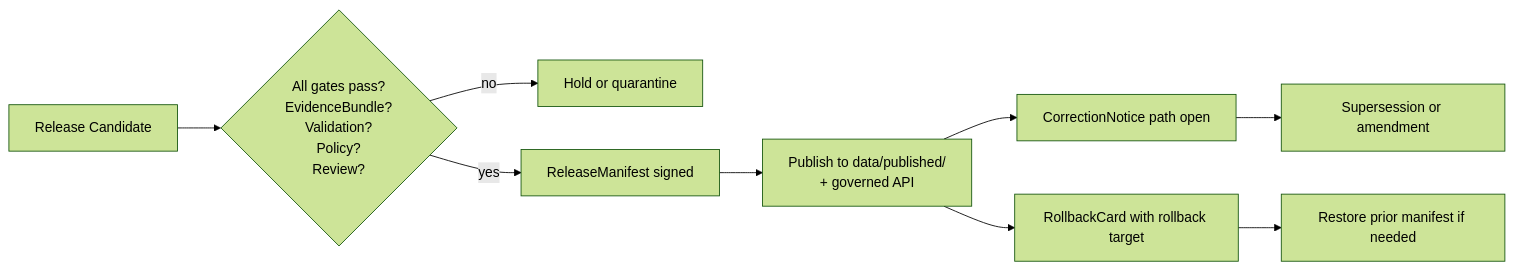
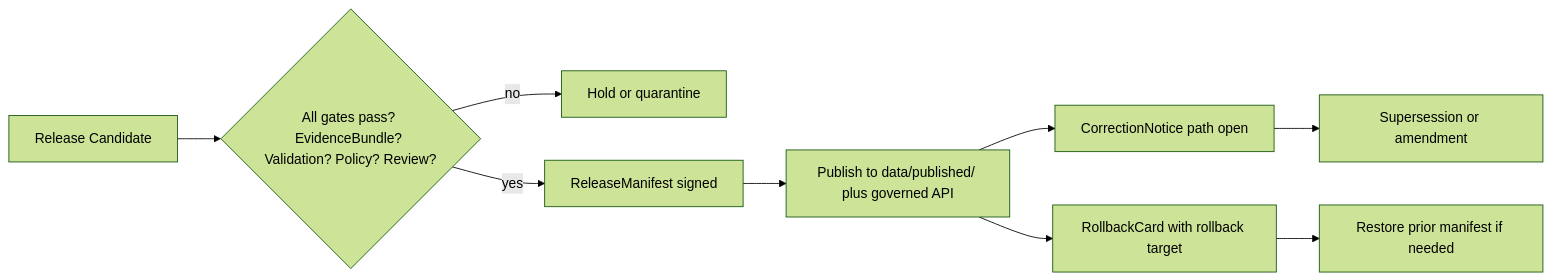
The third of 3 diagrams in docs/domains/hydrology/EXPANSION_PLAN.md (bartytime4life/Kansas-Frontier-Matrix), drawn with Mermaid (forest theme) before and after one commit. The commit also changed other lines of this file, not shown here.

````diff
--- a/docs/domains/hydrology/EXPANSION_PLAN.md
+++ b/docs/domains/hydrology/EXPANSION_PLAN.md
@@ -544,11 +617,11 @@
 ```mermaid
 flowchart LR
-  RC[Release Candidate] --> GATES{All gates pass?<br/>EvidenceBundle?<br/>Validation?<br/>Policy?<br/>Review?}
+  RC[Release Candidate] --> GATES{All gates pass? EvidenceBundle? Validation? Policy? Review?}
   GATES -->|no| HOLD[Hold or quarantine]
   GATES -->|yes| RM[ReleaseManifest signed]
-  RM --> PUB[Publish to data/published/<br/>+ governed API]
+  RM --> PUB[Publish to data/published/ plus governed API]
   PUB --> CORR[CorrectionNotice path open]
   PUB --> RB[RollbackCard with rollback target]
   CORR --> RM2[Supersession or amendment]
   RB --> PREV[Restore prior manifest if needed]
 ```
````
